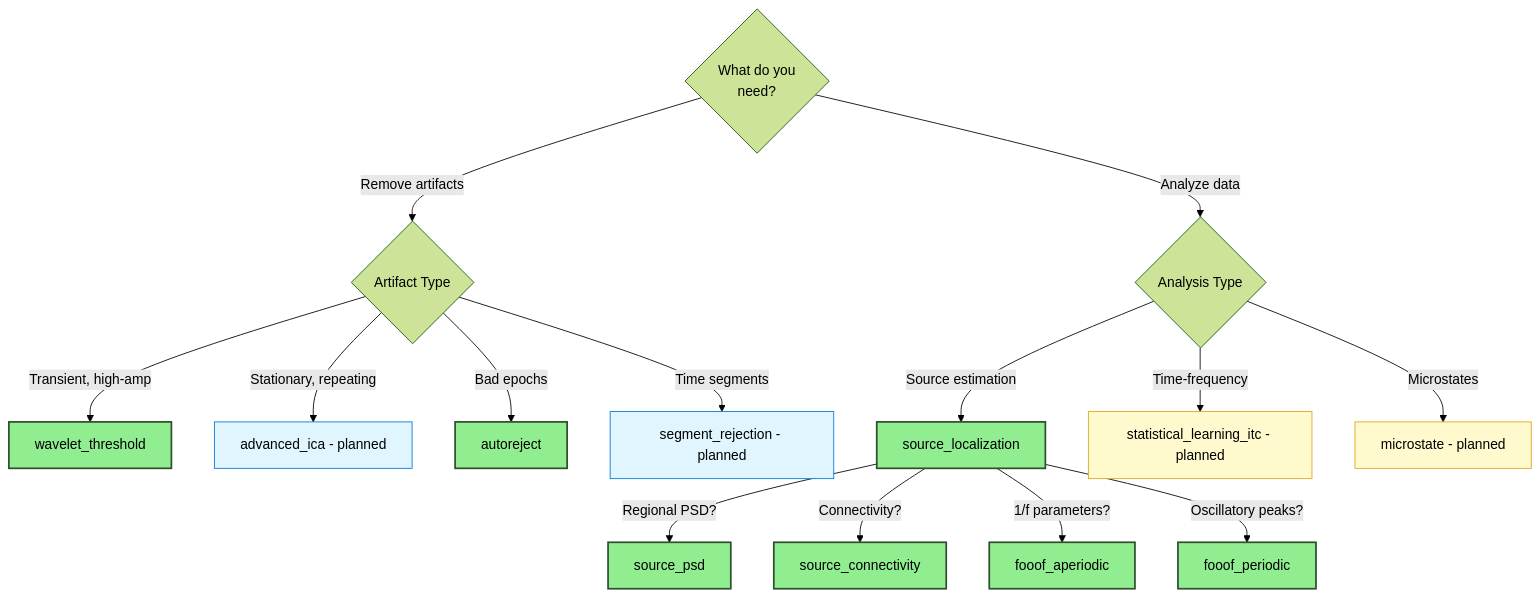
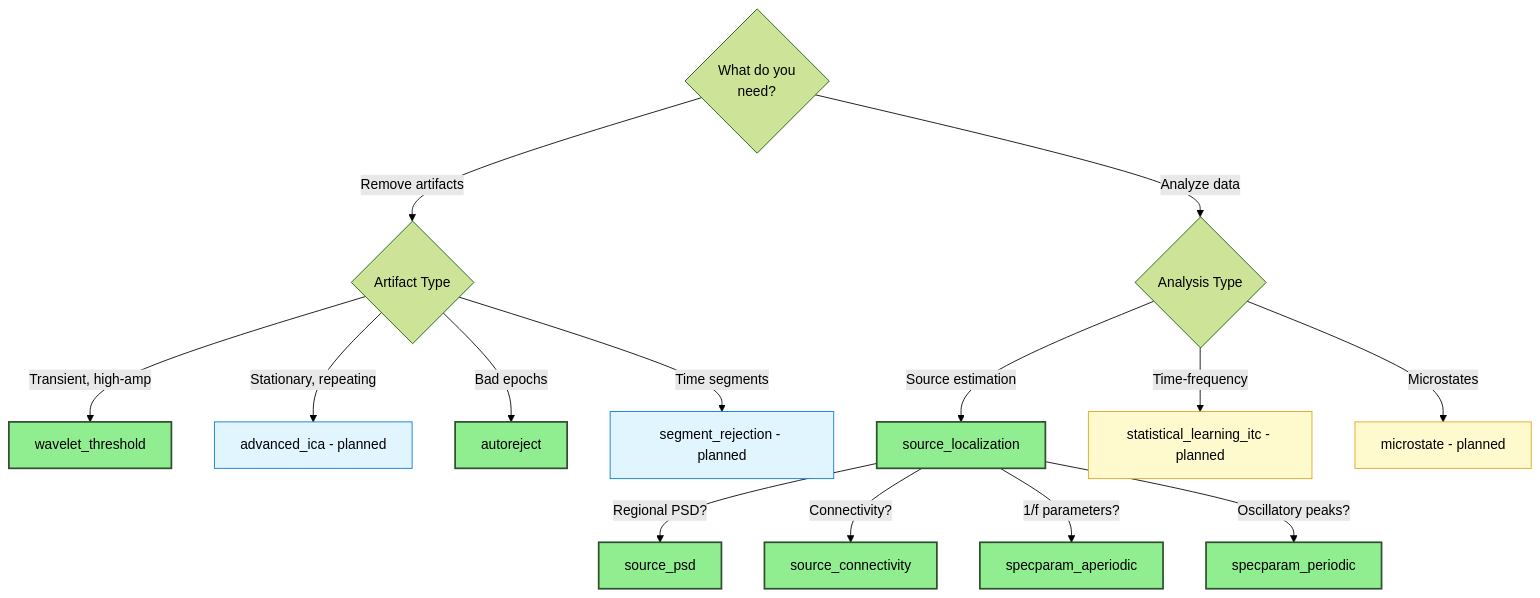
The diagram in processing-blocks/available-blocks.mdx (cincibrainlab/autocleaneeg_docs), drawn with Mermaid (forest theme) before and after one commit. The commit also changed other lines of this file and 1 other file, not shown here.

````diff
--- a/processing-blocks/available-blocks.mdx
+++ b/processing-blocks/available-blocks.mdx
@@ -630,33 +630,33 @@
 ```mermaid
 graph TD
     Start{What do you<br/>need?}
 
     Start -->|Remove artifacts| Artifact{Artifact Type}
     Start -->|Analyze data| Analysis{Analysis Type}
 
     Artifact -->|Transient, high-amp| Wavelet[wavelet_threshold]
     Artifact -->|Stationary, repeating| ICA[advanced_ica - planned]
     Artifact -->|Bad epochs| AutoReject[autoreject]
     Artifact -->|Time segments| Segment[segment_rejection - planned]
 
     Analysis -->|Source estimation| SourceLoc[source_localization]
     SourceLoc -->|Regional PSD?| SourcePSD[source_psd]
     SourceLoc -->|Connectivity?| SourceConn[source_connectivity]
-    SourceLoc -->|1/f parameters?| FOOOF_A[fooof_aperiodic]
-    SourceLoc -->|Oscillatory peaks?| FOOOF_P[fooof_periodic]
+    SourceLoc -->|1/f parameters?| Specparam_A[specparam_aperiodic]
+    SourceLoc -->|Oscillatory peaks?| Specparam_P[specparam_periodic]
 
     Analysis -->|Time-frequency| ITC[statistical_learning_itc - planned]
     Analysis -->|Microstates| Micro[microstate - planned]
 
     style Wavelet fill:#90EE90,stroke:#2F4F2F,stroke-width:2px
     style AutoReject fill:#90EE90,stroke:#2F4F2F,stroke-width:2px
     style SourceLoc fill:#90EE90,stroke:#2F4F2F,stroke-width:2px
     style SourcePSD fill:#90EE90,stroke:#2F4F2F,stroke-width:2px
     style SourceConn fill:#90EE90,stroke:#2F4F2F,stroke-width:2px
-    style FOOOF_A fill:#90EE90,stroke:#2F4F2F,stroke-width:2px
-    style FOOOF_P fill:#90EE90,stroke:#2F4F2F,stroke-width:2px
+    style Specparam_A fill:#90EE90,stroke:#2F4F2F,stroke-width:2px
+    style Specparam_P fill:#90EE90,stroke:#2F4F2F,stroke-width:2px
     style ICA fill:#e1f5ff,stroke:#0078d4
     style Segment fill:#e1f5ff,stroke:#0078d4
     style ITC fill:#fffacd,stroke:#daa520
     style Micro fill:#fffacd,stroke:#daa520
 ```
````
